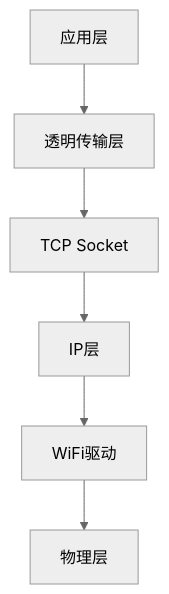
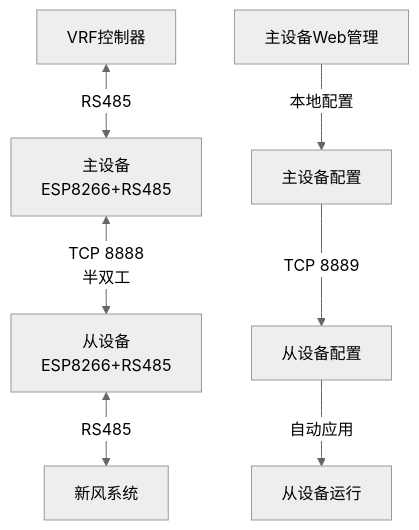
One commit to davidhoo/WiFly485 changed the second of 4 diagrams in 需求文档.md. Above: the diagram before and after it, drawn with Mermaid (neutral theme). The commit also changed other lines of this file and 2 other files, not shown here.

````diff
--- a/需求文档.md
+++ b/需求文档.md
@@ -91,8 +143,10 @@
 ```mermaid
 graph TD
-    A[应用层] --> B[透明传输层]
-    B --> C[TCP Socket]
-    C --> D[IP层]
-    D --> E[WiFi驱动]
-    E --> F[物理层]
+    A[VRF控制器] <-->|RS485| B[主设备<br>ESP8266+RS485]
+    C[从设备<br>ESP8266+RS485] <-->|RS485| D[新风系统]
+    B <-->|TCP 8888<br>半双工| C
+    
+    E[主设备Web管理] -->|本地配置| F[主设备配置]
+    F -->|TCP 8889| G[从设备配置]
+    G -->|自动应用| H[从设备运行]
 ```
````
